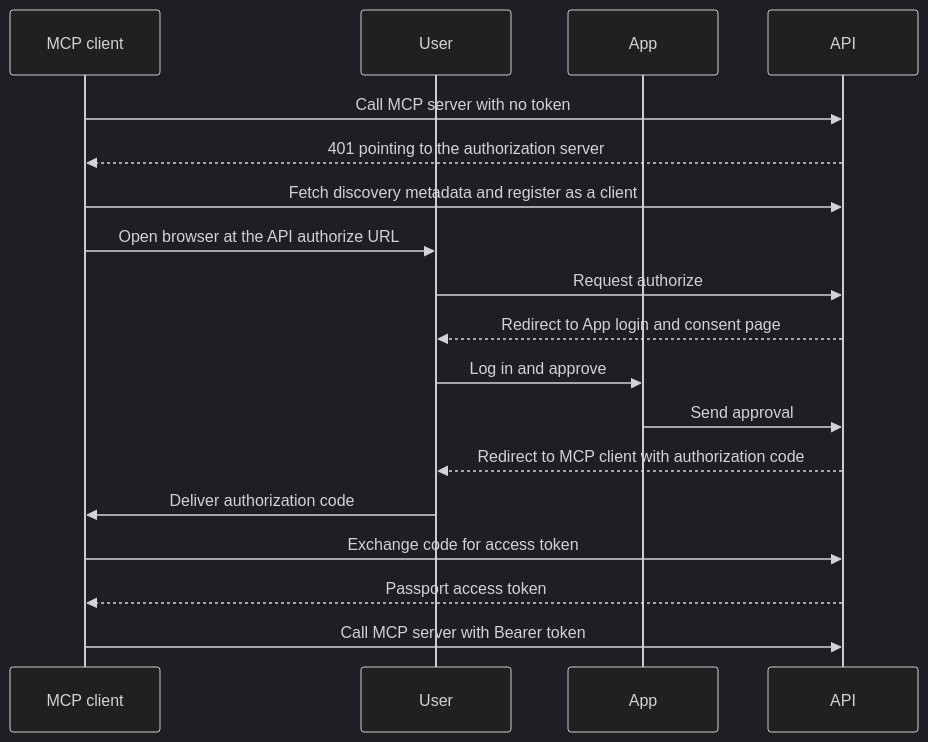
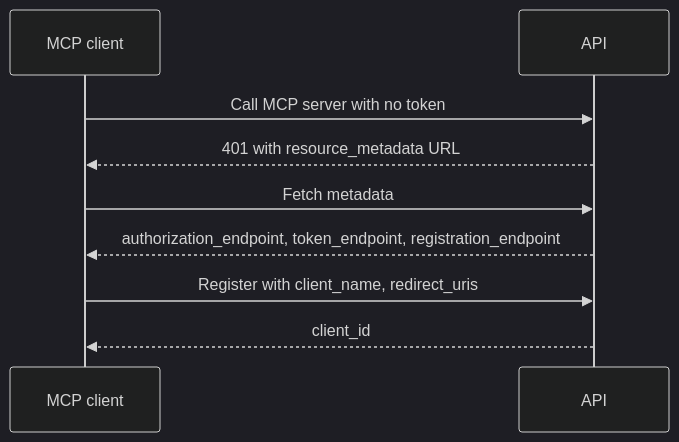
The second of 4 diagrams in public/specs/docs/setup/Auth.md (websanova/starter-flows), drawn with Mermaid (dark theme) before and after one commit. The commit also changed other lines of this file, not shown here.

````diff
--- a/public/specs/docs/setup/Auth.md
+++ b/public/specs/docs/setup/Auth.md
@@ -23,20 +48,11 @@
 ```mermaid
 sequenceDiagram
     participant C as MCP client
-    participant U as User
-    participant A as App
     participant P as API
     C->>P: Call MCP server with no token
-    P-->>C: 401 pointing to the authorization server
-    C->>P: Fetch discovery metadata and register as a client
-    C->>U: Open browser at the API authorize URL
-    U->>P: Request authorize
-    P-->>U: Redirect to App login and consent page
-    U->>A: Log in and approve
-    A->>P: Send approval
-    P-->>U: Redirect to MCP client with authorization code
-    U->>C: Deliver authorization code
-    C->>P: Exchange code for access token
-    P-->>C: Passport access token
-    C->>P: Call MCP server with Bearer token
+    P-->>C: 401 with resource_metadata URL
+    C->>P: Fetch metadata
+    P-->>C: authorization_endpoint, token_endpoint, registration_endpoint
+    C->>P: Register with client_name, redirect_uris
+    P-->>C: client_id
 ```
````
